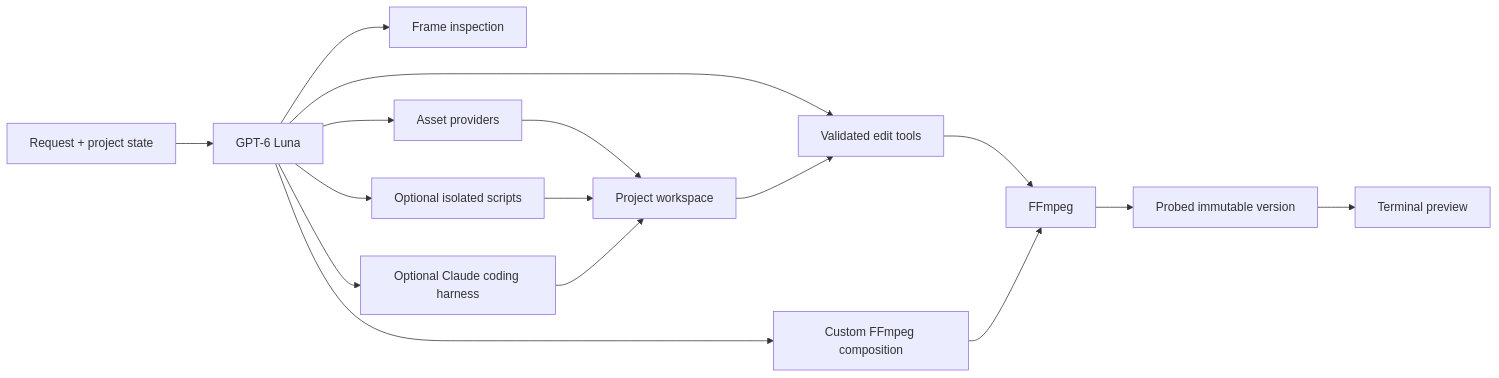
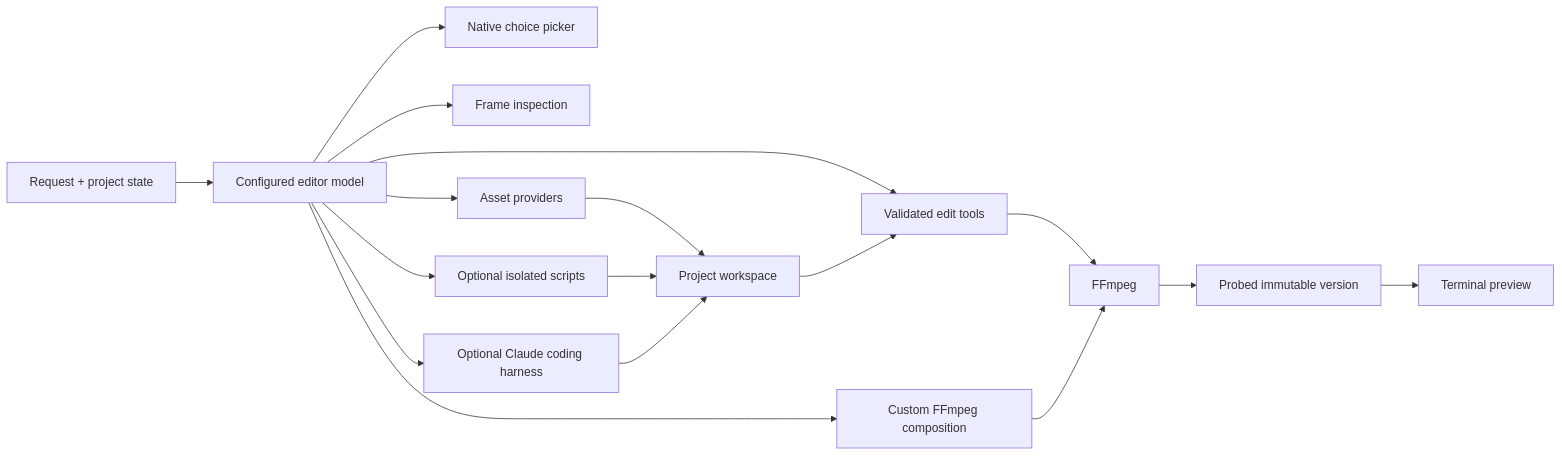
One commit to shing1Sks/DumbEditor changed the diagram in README.md. Above: the diagram before and after it, drawn with Mermaid. The commit also changed other lines of this file and 20 other files, not shown here.

Commit message:
fix: stabilize editor chat and model UX

````diff
--- a/README.md
+++ b/README.md
@@ -190,18 +193,19 @@
 ```mermaid
 flowchart LR
-  Prompt[Request + project state] --> Luna[GPT-6 Luna]
-  Luna --> Frames[Frame inspection]
-  Luna --> Assets[Asset providers]
-  Luna --> Tools[Validated edit tools]
-  Luna --> Compose[Custom FFmpeg composition]
-  Luna --> Claude[Optional Claude coding harness]
-  Luna --> Sandbox[Optional isolated scripts]
+  Prompt[Request + project state] --> Agent[Configured editor model]
+  Agent --> Choices[Native choice picker]
+  Agent --> Frames[Frame inspection]
+  Agent --> Assets[Asset providers]
+  Agent --> Tools[Validated edit tools]
+  Agent --> Compose[Custom FFmpeg composition]
+  Agent --> Claude[Optional Claude coding harness]
+  Agent --> Sandbox[Optional isolated scripts]
   Assets --> Workspace[Project workspace]
   Workspace --> Tools
   Tools --> FFmpeg
   Compose --> FFmpeg
   Sandbox --> Workspace
   Claude --> Workspace
   FFmpeg --> Version[Probed immutable version]
   Version --> Preview[Terminal preview]
 ```
````
